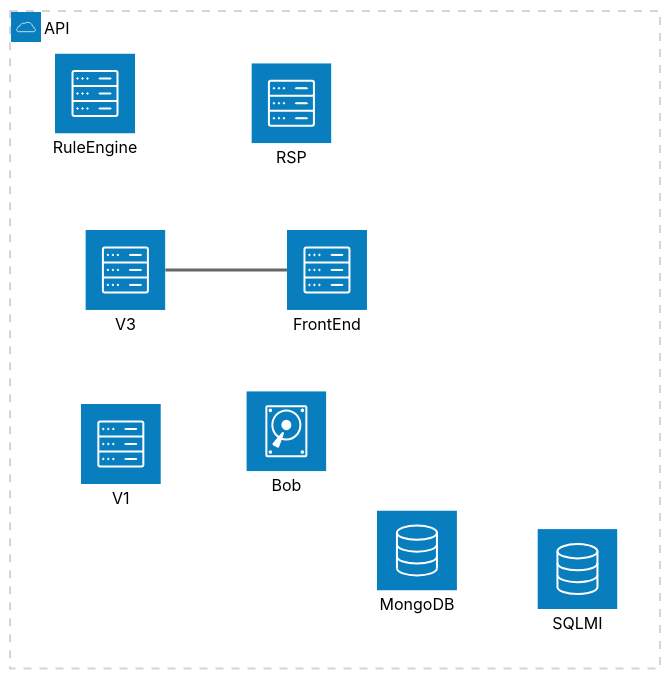
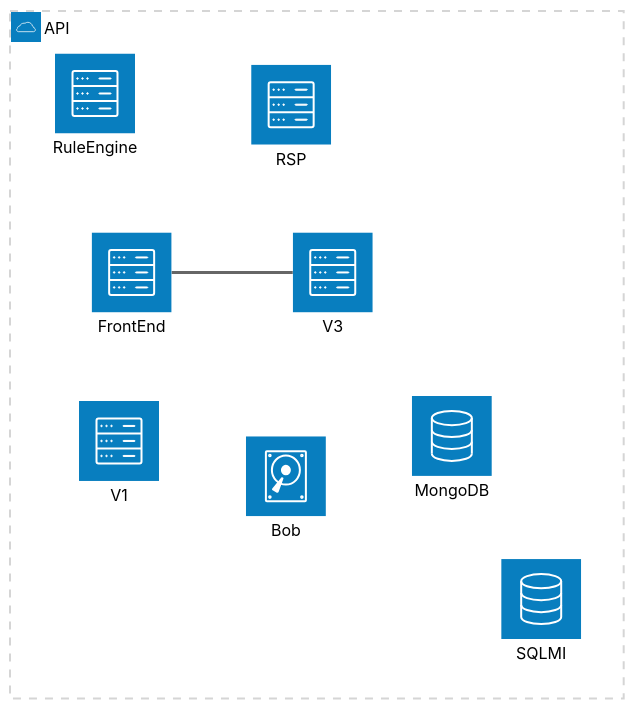
The diagram in diagram/architecture.v1.mmd (joeycmlam/mysys), drawn with Mermaid (neutral theme) before and after one commit.

Commit message:
mermaid poc

```diff
--- a/diagram/architecture.v1.mmd
+++ b/diagram/architecture.v1.mmd
@@ -1,13 +1,13 @@
 architecture-beta
     group sys(cloud)[API]
 
     service dbSQL(database)[SQLMI] in sys
     service dbNoSQL(database)[MongoDB] in sys
     service disk1(disk)[Bob] in sys
     service serverv1(server)[V1] in sys
     service apiv3(server)[V3] in sys
     service serverrsp(server)[RSP] in sys
     service ui(server)[FrontEnd] in sys
     service serverruleengine(server)[RuleEngine] in sys
 
-    ui:L -- R:apiv3
+    ui:R -- L:apiv3
```
